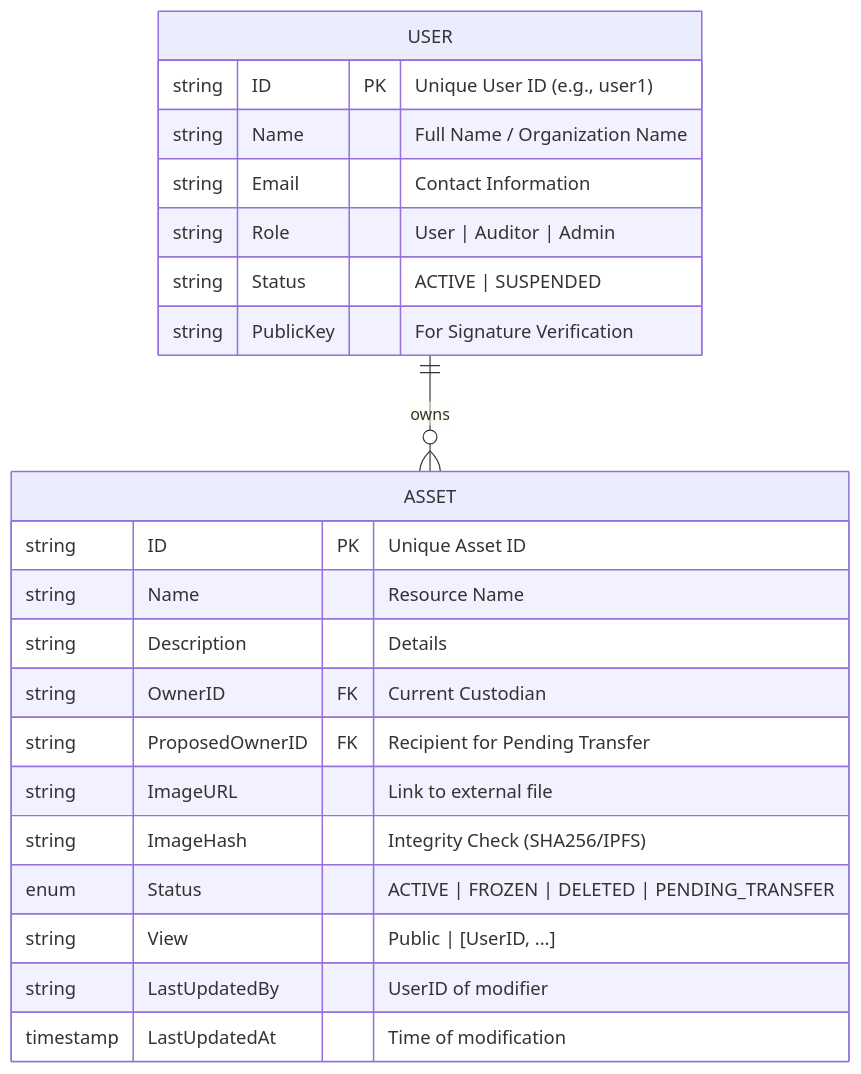
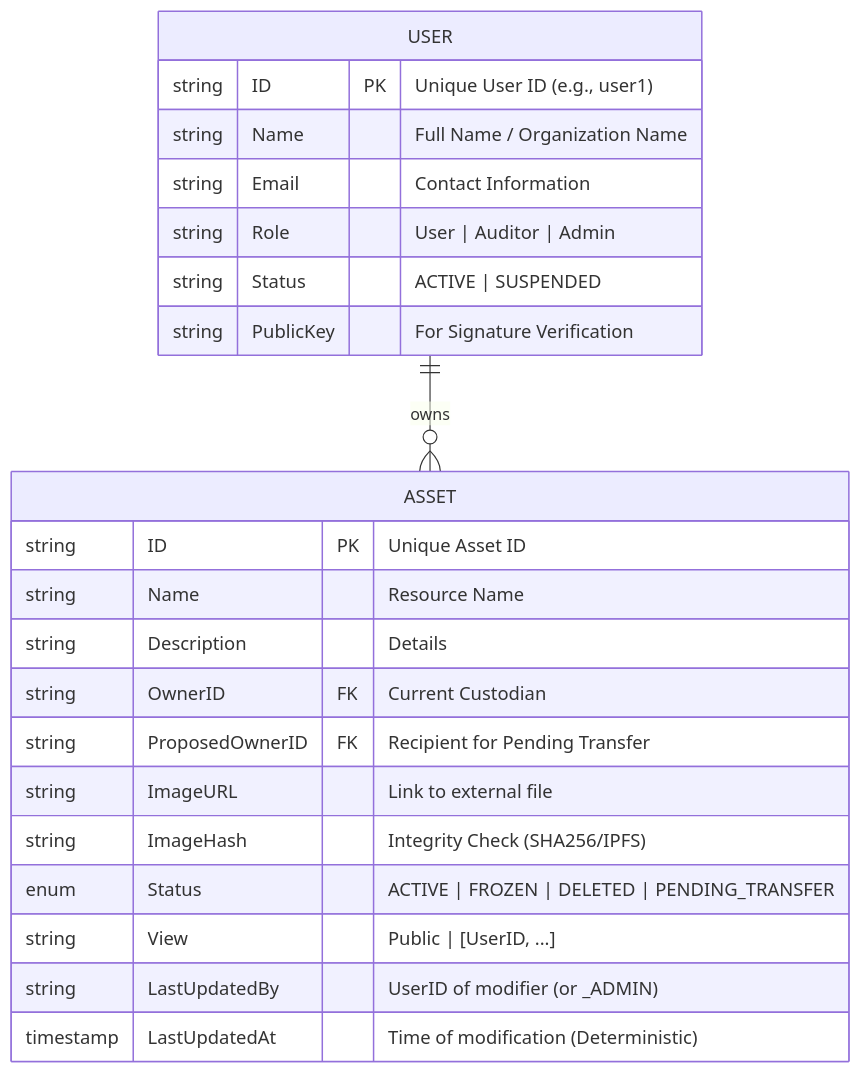
Before and after one commit to kelotduongvidainhat/hyperledger-fabric-skeleton: the diagram in docs/DATA_ARCHITECTURE.md, drawn with Mermaid. The commit also changed other lines of this file and 10 other files, not shown here.

Commit message:
Admin Asset Management: Implemented 'Freeze' and 'Revoke' functionality with chaincode enforcement, deterministic timestamps, and full UI integration.

````diff
--- a/docs/DATA_ARCHITECTURE.md
+++ b/docs/DATA_ARCHITECTURE.md
@@ -12,25 +12,25 @@
 ```mermaid
 erDiagram
     USER ||--o{ ASSET : owns
     USER {
         string ID PK "Unique User ID (e.g., user1)"
         string Name "Full Name / Organization Name"
         string Email "Contact Information"
         string Role "User | Auditor | Admin"
         string Status "ACTIVE | SUSPENDED"
         string PublicKey "For Signature Verification"
     }
     ASSET {
         string ID PK "Unique Asset ID"
         string Name "Resource Name"
         string Description "Details"
         string OwnerID FK "Current Custodian"
         string ProposedOwnerID FK "Recipient for Pending Transfer"
         string ImageURL "Link to external file"
         string ImageHash "Integrity Check (SHA256/IPFS)"
         enum Status "ACTIVE | FROZEN | DELETED | PENDING_TRANSFER"
         string View "Public | [UserID, ...]"
-        string LastUpdatedBy "UserID of modifier"
-        timestamp LastUpdatedAt "Time of modification"
+        string LastUpdatedBy "UserID of modifier (or _ADMIN)"
+        timestamp LastUpdatedAt "Time of modification (Deterministic)"
     }
 ```
````
